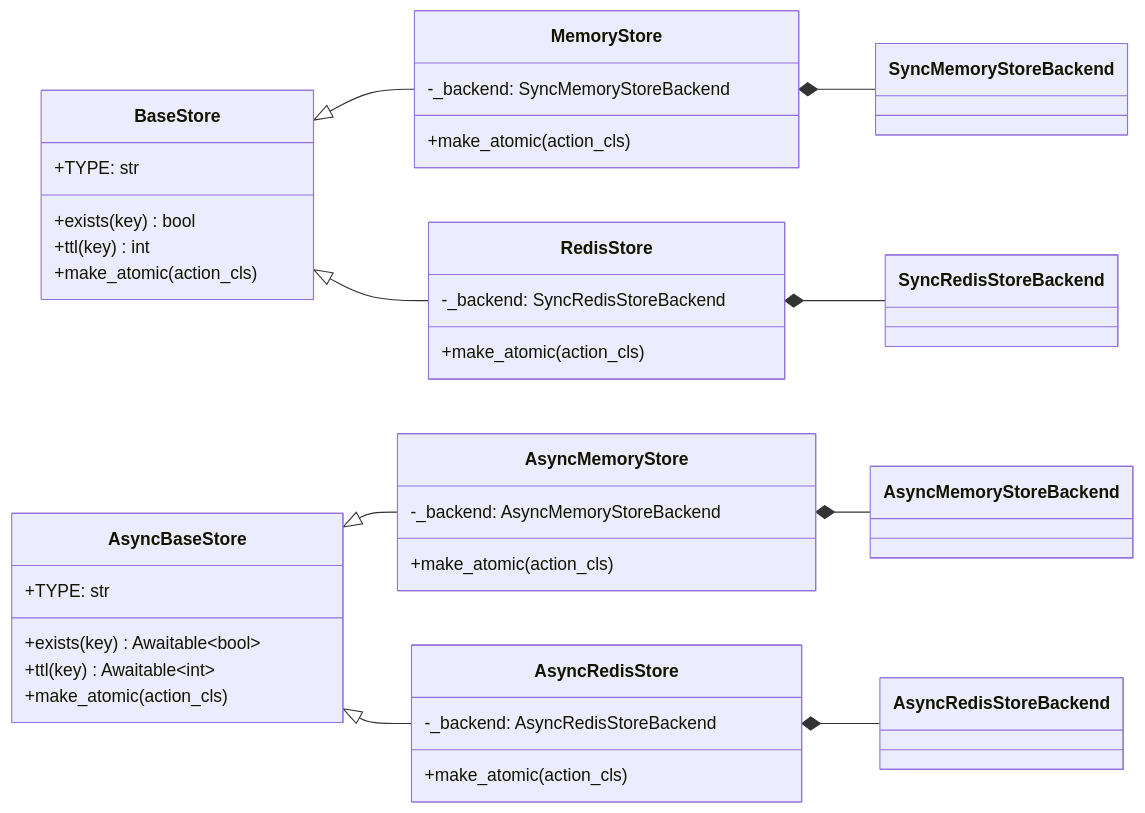
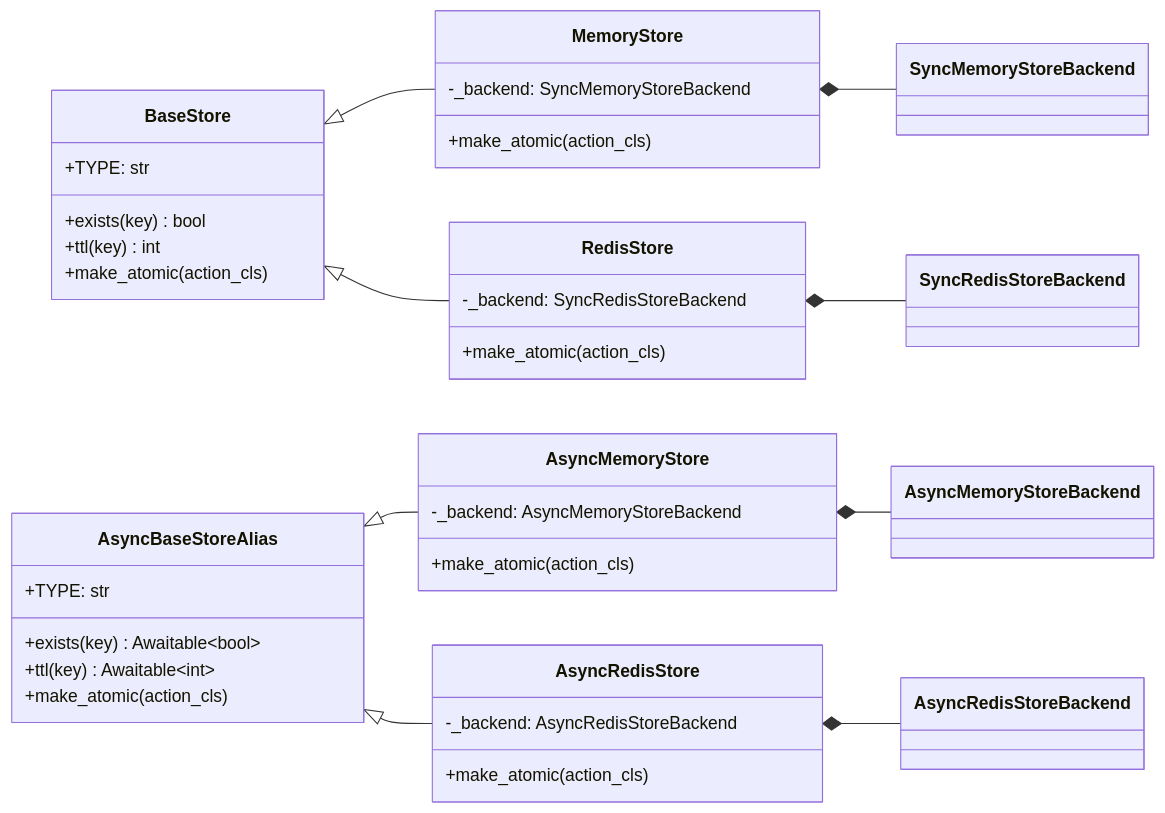
Before and after one commit to ZhuoZhuoCrayon/ai-workspace: the third of 6 diagrams in knowledge/throttled-py/issues/2026-05-06-store-typing-abstraction-refactor/PLAN.md, drawn with Mermaid. The commit also changed other lines of this file, not shown here.

First line of the commit message:
docs(throttled-py): clarify store typing refactor plan

````diff
--- a/knowledge/throttled-py/issues/2026-05-06-store-typing-abstraction-refactor/PLAN.md
+++ b/knowledge/throttled-py/issues/2026-05-06-store-typing-abstraction-refactor/PLAN.md
@@ -264,41 +275,41 @@
 ```mermaid
 classDiagram
     direction LR
 
     class BaseStore {
         +TYPE: str
         +exists(key) bool
         +ttl(key) int
         +make_atomic(action_cls)
     }
-    class AsyncBaseStore {
+    class AsyncBaseStoreAlias {
         +TYPE: str
         +exists(key) Awaitable~bool~
         +ttl(key) Awaitable~int~
         +make_atomic(action_cls)
     }
     class MemoryStore {
         -_backend: SyncMemoryStoreBackend
         +make_atomic(action_cls)
     }
     class RedisStore {
         -_backend: SyncRedisStoreBackend
         +make_atomic(action_cls)
     }
     class AsyncMemoryStore {
         -_backend: AsyncMemoryStoreBackend
         +make_atomic(action_cls)
     }
     class AsyncRedisStore {
         -_backend: AsyncRedisStoreBackend
         +make_atomic(action_cls)
     }
     BaseStore <|-- MemoryStore
     BaseStore <|-- RedisStore
-    AsyncBaseStore <|-- AsyncMemoryStore
-    AsyncBaseStore <|-- AsyncRedisStore
+    AsyncBaseStoreAlias <|-- AsyncMemoryStore
+    AsyncBaseStoreAlias <|-- AsyncRedisStore
     MemoryStore *-- SyncMemoryStoreBackend
     RedisStore *-- SyncRedisStoreBackend
     AsyncMemoryStore *-- AsyncMemoryStoreBackend
     AsyncRedisStore *-- AsyncRedisStoreBackend
 ```
````
